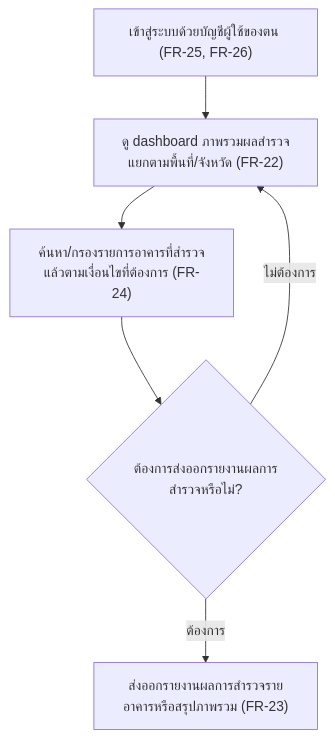
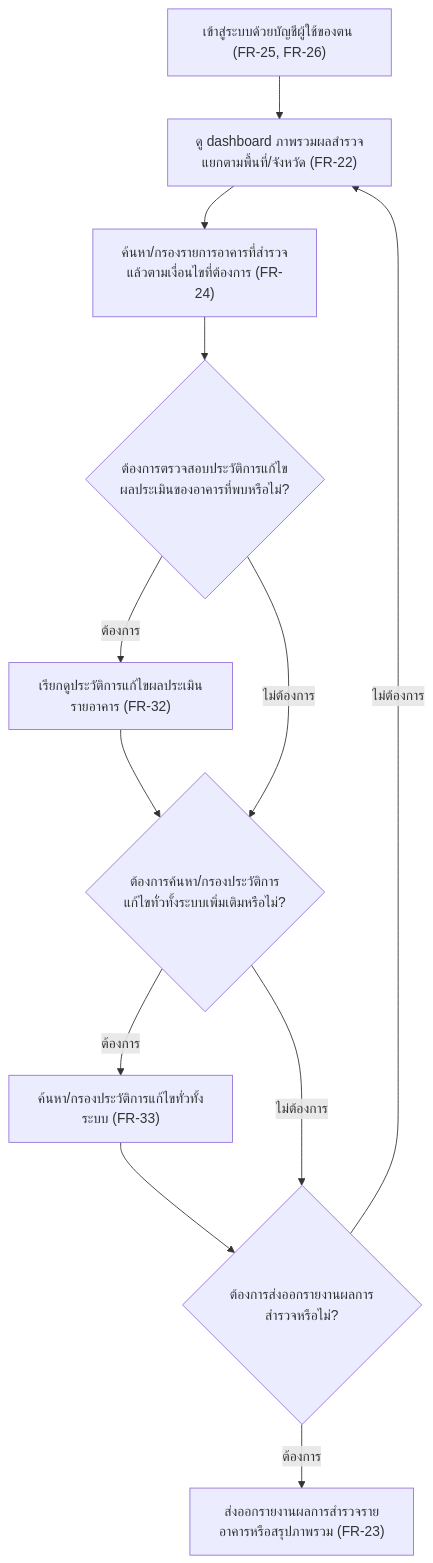
One commit to sirikorn-cmru/CrackAI-Field changed the fourth of 4 diagrams in docs/02-design/user-journey.md. Above: the diagram before and after it, drawn with Mermaid. The commit also changed other lines of this file and 4 other files, not shown here.

````diff
--- a/docs/02-design/user-journey.md
+++ b/docs/02-design/user-journey.md
@@ -157,12 +175,20 @@
 ```mermaid
 flowchart TD
     A["เข้าสู่ระบบด้วยบัญชีผู้ใช้ของตน (FR-25, FR-26)"]
     B["ดู dashboard ภาพรวมผลสำรวจแยกตามพื้นที่/จังหวัด (FR-22)"]
     C["ค้นหา/กรองรายการอาคารที่สำรวจแล้วตามเงื่อนไขที่ต้องการ (FR-24)"]
+    C1{"ต้องการตรวจสอบประวัติการแก้ไขผลประเมินของอาคารที่พบหรือไม่?"}
+    C2["เรียกดูประวัติการแก้ไขผลประเมินรายอาคาร (FR-32)"]
+    C3{"ต้องการค้นหา/กรองประวัติการแก้ไขทั่วทั้งระบบเพิ่มเติมหรือไม่?"}
+    C4["ค้นหา/กรองประวัติการแก้ไขทั่วทั้งระบบ (FR-33)"]
     D{"ต้องการส่งออกรายงานผลการสำรวจหรือไม่?"}
     E["ส่งออกรายงานผลการสำรวจรายอาคารหรือสรุปภาพรวม (FR-23)"]
 
-    A --> B --> C --> D
+    A --> B --> C --> C1
+    C1 -->|ต้องการ| C2 --> C3
+    C1 -->|ไม่ต้องการ| C3
+    C3 -->|ต้องการ| C4 --> D
+    C3 -->|ไม่ต้องการ| D
     D -->|ต้องการ| E
     D -->|ไม่ต้องการ| B
 ```
````
